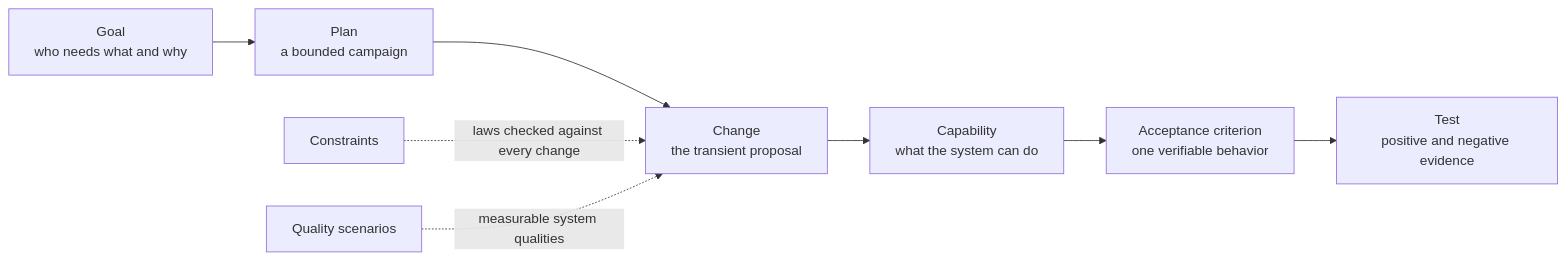
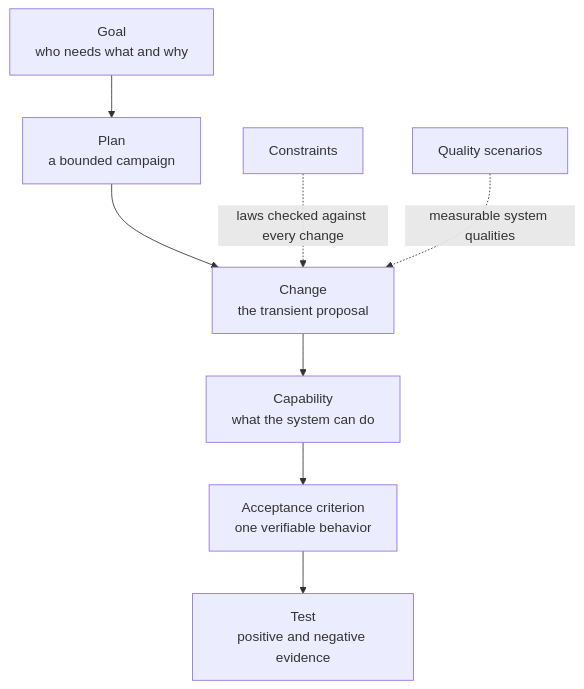
The diagram in guide/methodology.md (cliewen/cliewen), drawn with Mermaid before and after one commit. The commit also changed 2 other files, not shown here.

Commit message:
CH-033: ground the guide in its Intent Engineering lineage

````diff
--- a/guide/methodology.md
+++ b/guide/methodology.md
@@ -5,10 +5,10 @@
 ```mermaid
-flowchart LR
+flowchart TD
     G[Goal<br/>who needs what and why] --> P[Plan<br/>a bounded campaign]
     P --> CH[Change<br/>the transient proposal]
     CH --> CAP[Capability<br/>what the system can do]
     CAP --> AC[Acceptance criterion<br/>one verifiable behavior]
     AC --> T[Test<br/>positive and negative evidence]
     C[Constraints] -. laws checked against every change .-> CH
     QS[Quality scenarios] -. measurable system qualities .-> CH
 ```
````
